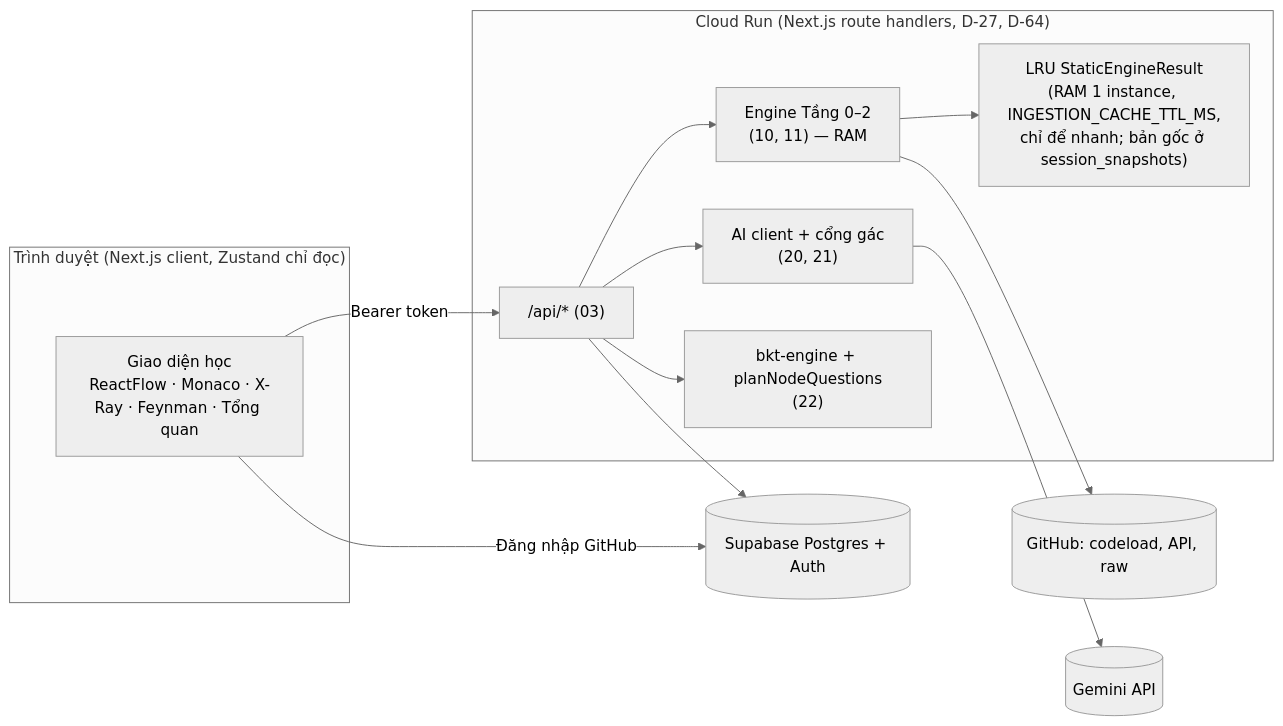
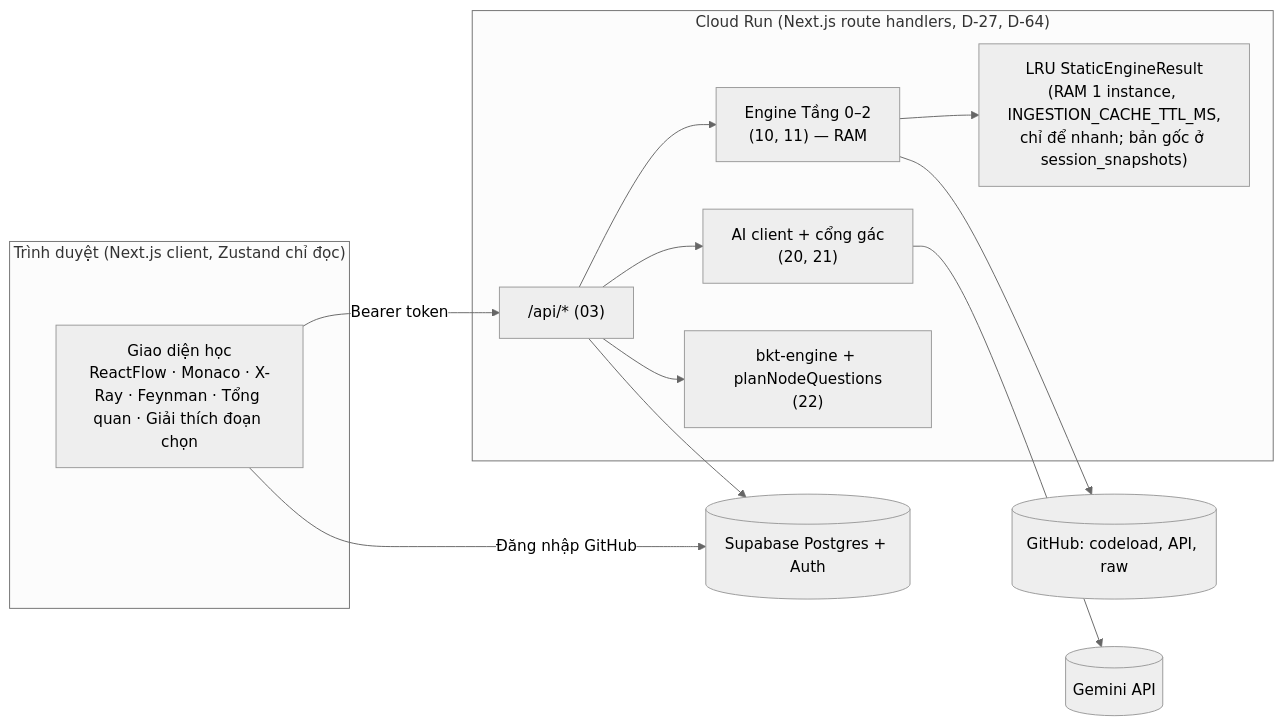
The first of 4 diagrams in docs/spec/01_KIEN_TRUC_VA_LUONG.md (ThanhThien-coder/demo-HackathonSGU-2026), drawn with Mermaid (neutral theme) before and after one commit. The commit also changed other lines of this file and 4 other files, not shown here.

````diff
--- a/docs/spec/01_KIEN_TRUC_VA_LUONG.md
+++ b/docs/spec/01_KIEN_TRUC_VA_LUONG.md
@@ -41,23 +42,23 @@
 ```mermaid
 flowchart LR
     subgraph Browser["Trình duyệt (Next.js client, Zustand chỉ đọc)"]
-        UI["Giao diện học<br/>ReactFlow · Monaco · X-Ray · Feynman · Tổng quan"]
+        UI["Giao diện học<br/>ReactFlow · Monaco · X-Ray · Feynman · Tổng quan · Giải thích đoạn chọn"]
     end
     subgraph Server["Cloud Run (Next.js route handlers, D-27, D-64)"]
         API["/api/* (03)"]
         ENG["Engine Tầng 0–2<br/>(10, 11) — RAM"]
         AI["AI client + cổng gác<br/>(20, 21)"]
         BKT["bkt-engine + planNodeQuestions<br/>(22)"]
         CACHE["LRU StaticEngineResult<br/>(RAM 1 instance, INGESTION_CACHE_TTL_MS,<br/>chỉ để nhanh; bản gốc ở session_snapshots)"]
     end
     GH[("GitHub: codeload, API, raw")]
     GEM[("Gemini API")]
     DB[("Supabase Postgres + Auth")]
     UI -- "Bearer token" --> API
     API --> ENG --> GH
     ENG --> CACHE
     API --> AI --> GEM
     API --> BKT
     API --> DB
     UI -- "Đăng nhập GitHub" --> DB
 ```
````
